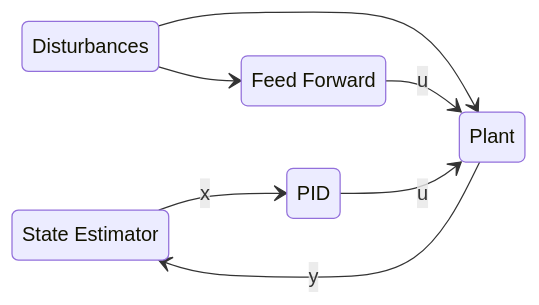
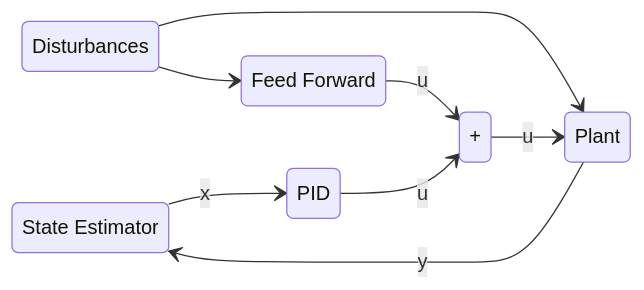
The diagram in README.md (Jumner/cubicFirmware), drawn with Mermaid before and after one commit. The commit also changed other lines of this file and 16 other files, not shown here.

````diff
--- a/README.md
+++ b/README.md
@@ -24,14 +125,17 @@
-``` mermaid
+```mermaid
 stateDiagram-v2
     direction LR
     
     kalman: State Estimator
     ff: Feed Forward
-    Disturbances --> Plant
+    plant: Plant
+    plus: +
+    Disturbances --> plant
     Disturbances --> ff
-    ff --> Plant : u
+    ff --> plus : u
+    plus --> plant : u
     
-    PID --> Plant : u
-    Plant --> kalman : y
+    PID --> plus : u
+    plant --> kalman : y
     kalman --> PID : x
 ```
````
